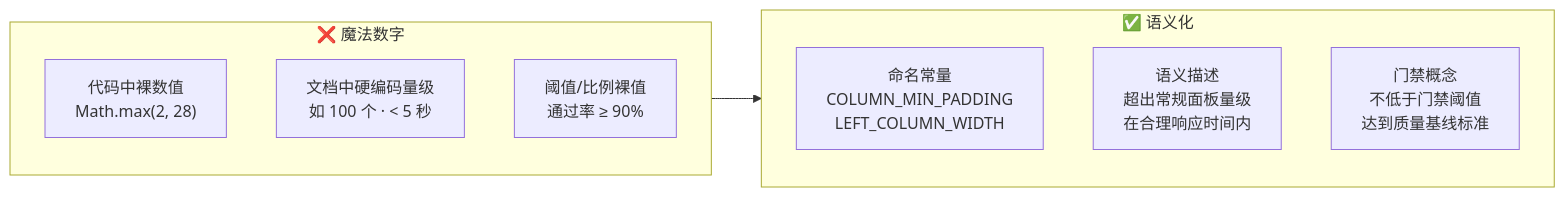
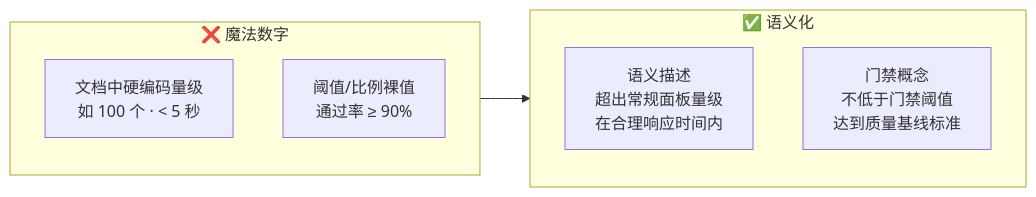
The seventh of 11 diagrams in rules/doc-generation.md (effiy/YrY), drawn with Mermaid before and after one commit. The commit also changed other lines of this file and 1 other file, not shown here.

First line of the commit message:
fix: quote --no-send? label in rui-bot mermaid diagram + add M3a rule

````diff
--- a/rules/doc-generation.md
+++ b/rules/doc-generation.md
@@ -312,15 +336,16 @@
 ```mermaid
 flowchart LR
     subgraph 禁止["❌ 魔法数字"]
-        N1["代码中裸数值<br/>Math.max(2, 28)"]:::bad
+        direction TB
         N2["文档中硬编码量级<br/>如 100 个 · < 5 秒"]:::bad
         N3["阈值/比例裸值<br/>通过率 ≥ 90%"]:::bad
     end
     subgraph 必须["✅ 语义化"]
-        S1["命名常量<br/>COLUMN_MIN_PADDING<br/>LEFT_COLUMN_WIDTH"]:::good
+        direction TB
         S2["语义描述<br/>超出常规面板量级<br/>在合理响应时间内"]:::good
         S3["门禁概念<br/>不低于门禁阈值<br/>达到质量基线标准"]:::good
     end
     禁止 --> 必须
 
+
 ```
````
